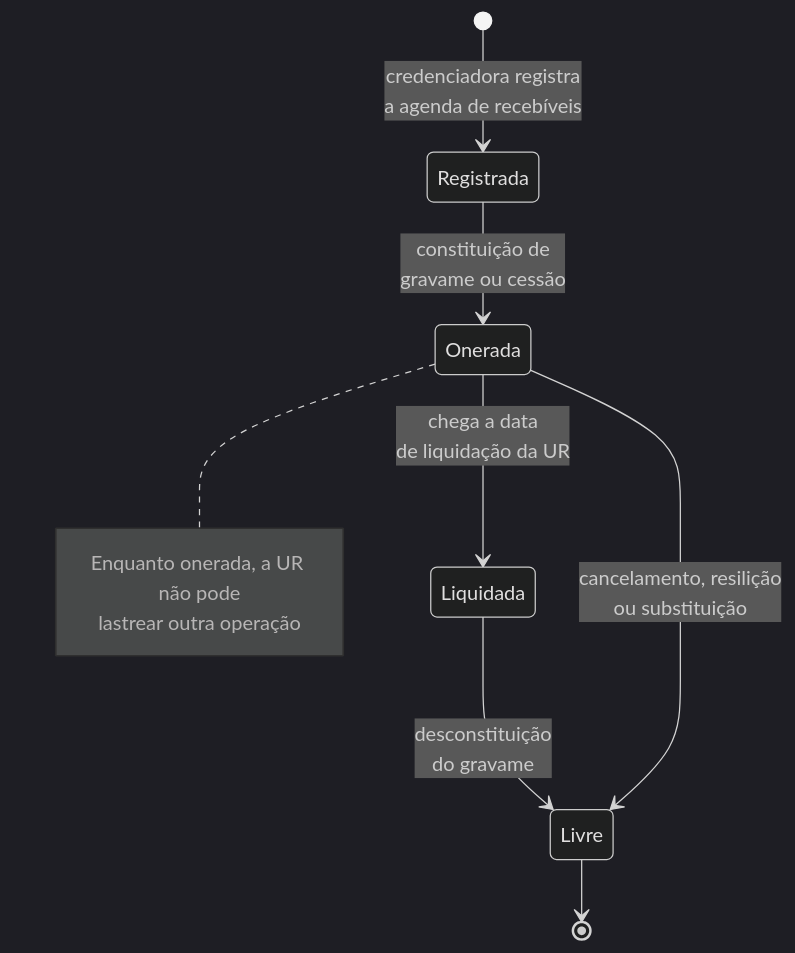
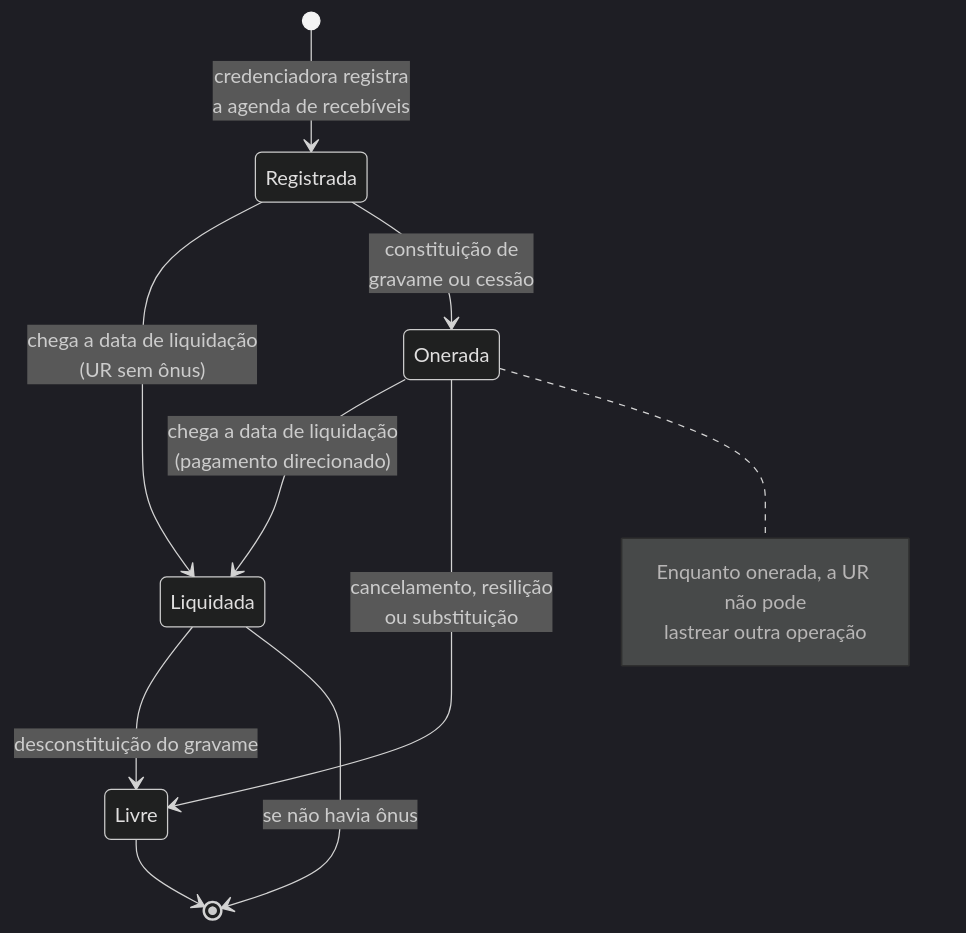
Diagram 18 of 23 in apostila-sistema-financeiro-brasileiro-dev.md (danielbfr3/sobre_aws), drawn with Mermaid (dark theme) before and after one commit. The commit also changed other lines of this file, not shown here.

````diff
--- a/apostila-sistema-financeiro-brasileiro-dev.md
+++ b/apostila-sistema-financeiro-brasileiro-dev.md
@@ -2092,14 +2804,19 @@
 ```mermaid
 stateDiagram-v2
     [*] --> Registrada: credenciadora registra<br/>a agenda de recebíveis
+
+    Registrada --> Liquidada: chega a data de liquidação<br/>(UR sem ônus)
     Registrada --> Onerada: constituição de<br/>gravame ou cessão
-    Onerada --> Liquidada: chega a data<br/>de liquidação da UR
-    Liquidada --> Livre: desconstituição<br/>do gravame
+
+    Onerada --> Liquidada: chega a data de liquidação<br/>(pagamento direcionado)
     Onerada --> Livre: cancelamento, resilição<br/>ou substituição
+
+    Liquidada --> Livre: desconstituição do gravame
+    Liquidada --> [*]: se não havia ônus
     Livre --> [*]
 
     note right of Onerada
         Enquanto onerada, a UR não pode
         lastrear outra operação
     end note
 ```
````
